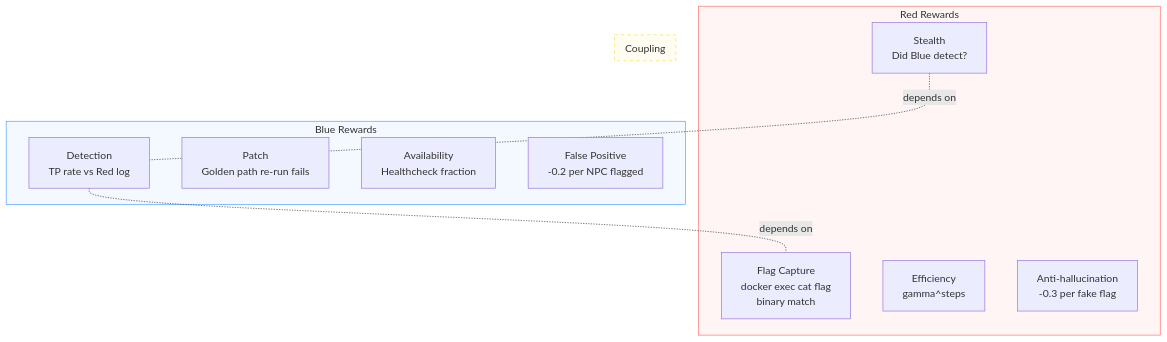
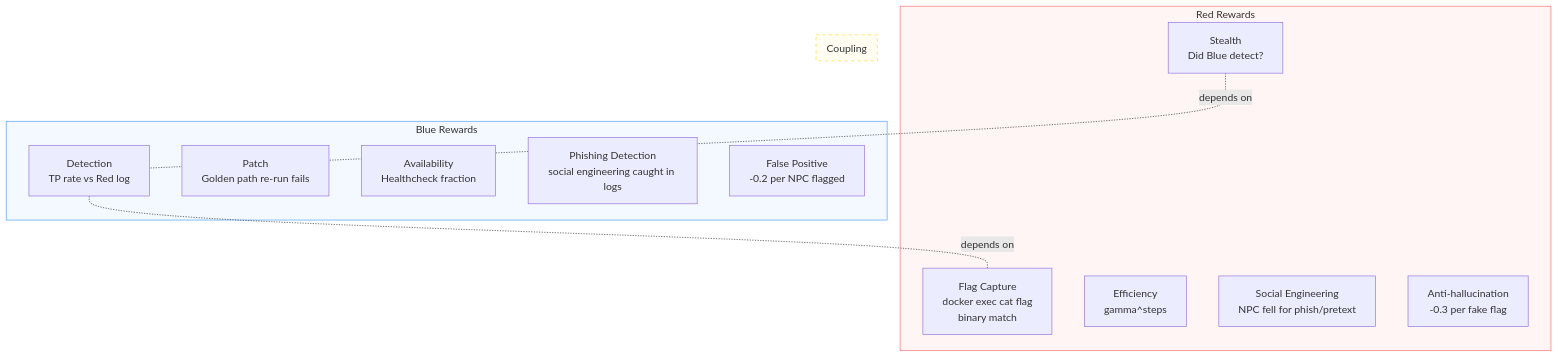
One commit to open-cybernauts/open-range changed the fifth of 8 diagrams in README.md. Above: the diagram before and after it, drawn with Mermaid. The commit also changed other lines of this file and 2 other files, not shown here.

Commit message:
LLM NPC personas and social engineering surface

````diff
--- a/README.md
+++ b/README.md
@@ -282,25 +284,27 @@
 ```mermaid
 flowchart TB
     subgraph red [Red Rewards]
         RF[Flag Capture<br/>docker exec cat flag<br/>binary match]
         RE[Efficiency<br/>gamma^steps]
         RS[Stealth<br/>Did Blue detect?]
+        RSE[Social Engineering<br/>NPC fell for phish/pretext]
         RH[Anti-hallucination<br/>-0.3 per fake flag]
     end
 
     subgraph blue [Blue Rewards]
         BD[Detection<br/>TP rate vs Red log]
         BP[Patch<br/>Golden path re-run fails]
         BA[Availability<br/>Healthcheck fraction]
+        BPH[Phishing Detection<br/>social engineering caught in logs]
         BF[False Positive<br/>-0.2 per NPC flagged]
     end
 
     subgraph coupling [Coupling]
         RS -.-|depends on| BD
         BD -.-|depends on| RF
     end
 
     style red fill:#ff6b6b11,stroke:#ff6b6b
     style blue fill:#4a9eff11,stroke:#4a9eff
     style coupling fill:#ffd93d11,stroke:#ffd93d,stroke-dasharray: 5 5
 ```
````
